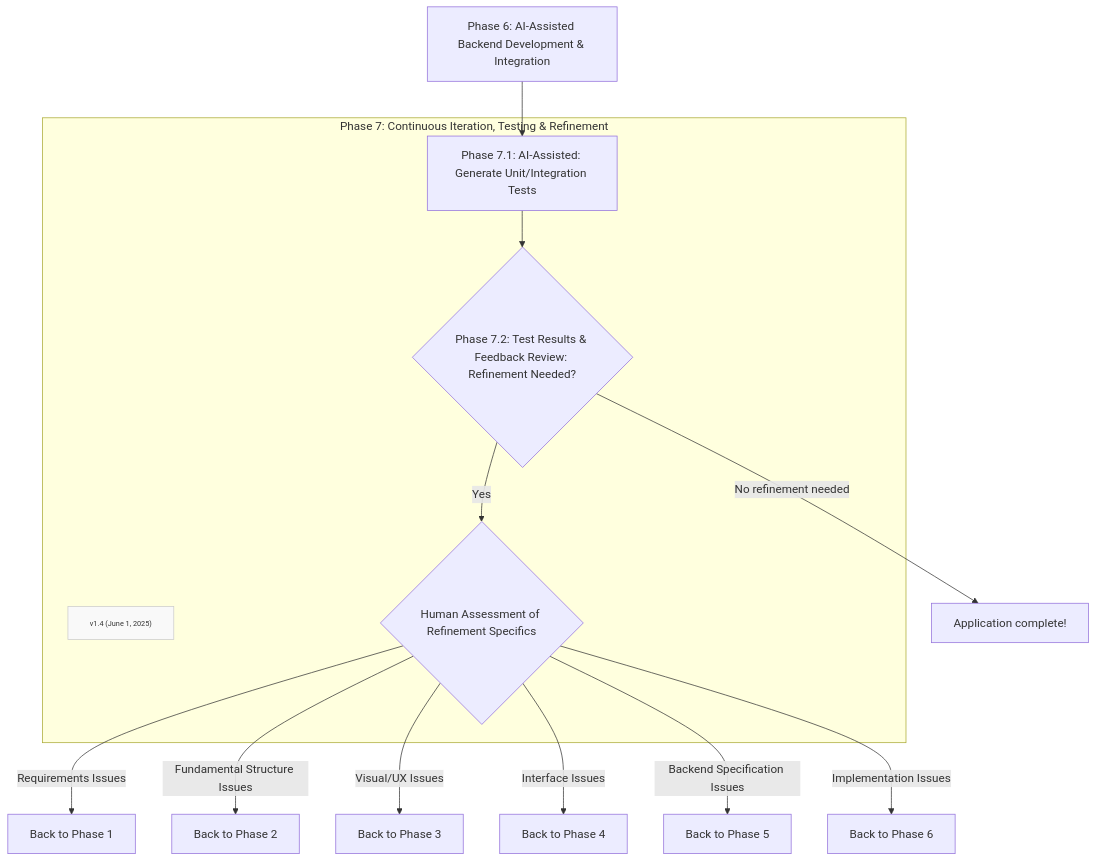
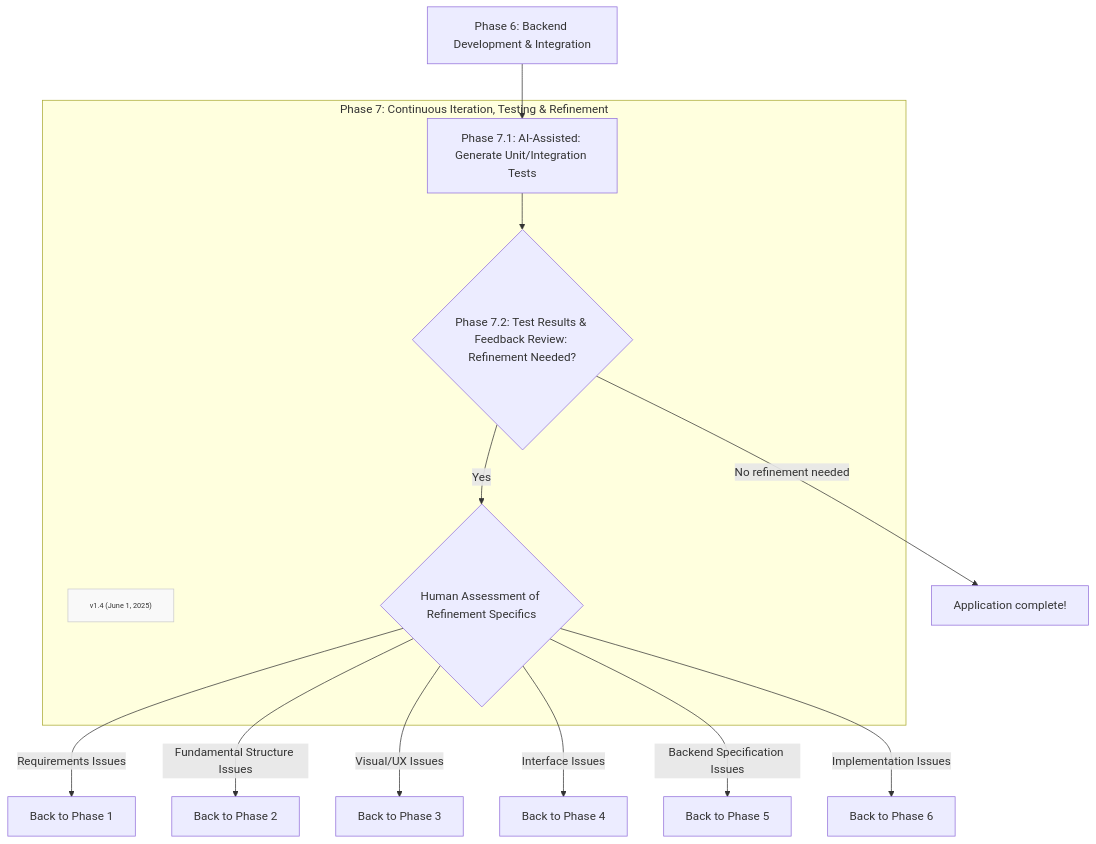
The diagram in Method/FF-phase7.md (Mharbulous/Front-First-Method), drawn with Mermaid before and after one commit.

Commit message:
Further refinement

````diff
--- a/Method/FF-phase7.md
+++ b/Method/FF-phase7.md
@@ -1,22 +1,22 @@
 ```mermaid
 graph TD
-    Phase6["Phase 6: AI-Assisted Backend Development & Integration"] --> Phase7_1
+    Phase6["Phase 6: Backend Development & Integration"] --> Phase7_1
 
     subgraph Phase7 ["Phase 7: Continuous Iteration, Testing & Refinement"]
         Version["v1.4 (June 1, 2025)"]
         classDef version fill:#f9f9f9,stroke:#ccc,font-size:10px
         class Version version
         Phase7_1["Phase 7.1: AI-Assisted: Generate Unit/Integration Tests"] --> Phase7_2{"Phase 7.2: Test Results & Feedback Review: Refinement Needed?"} 
         Phase7_2 --> |Yes|RefineDecision{"Human Assessment of Refinement Specifics"}
         
     end
 
 Phase7_2 -->  |No refinement needed|AllGood["Application complete!"]       
 RefineDecision -->|Requirements Issues| Back2Phase1["Back to Phase 1"]
 RefineDecision -->|Fundamental Structure Issues| Back2Phase2["Back to Phase 2"]
 RefineDecision -->|Visual/UX Issues| Back2Phase3["Back to Phase 3"]
 RefineDecision -->|Interface Issues| Back2Phase4["Back to Phase 4"]
 RefineDecision -->|Backend Specification Issues| Back2Phase5["Back to Phase 5"]
 RefineDecision -->|Implementation Issues| Back2Phase6["Back to Phase 6"]
 
 ```
````
